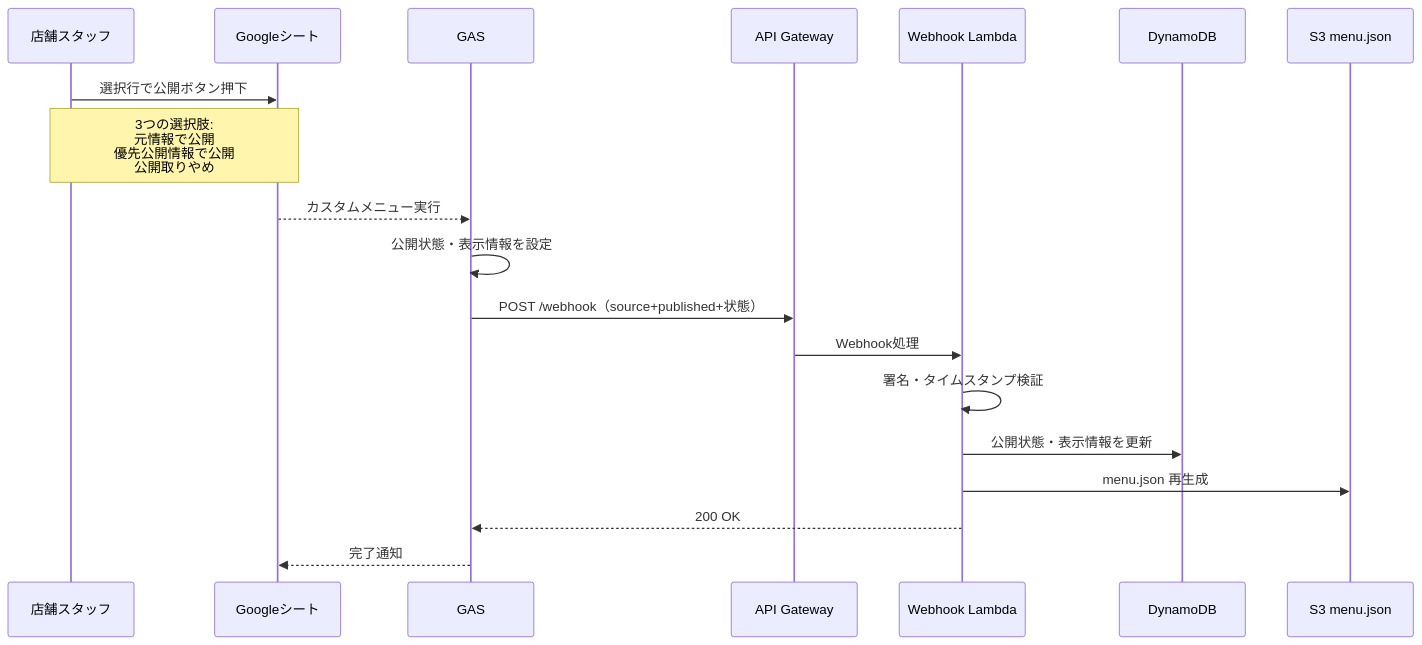
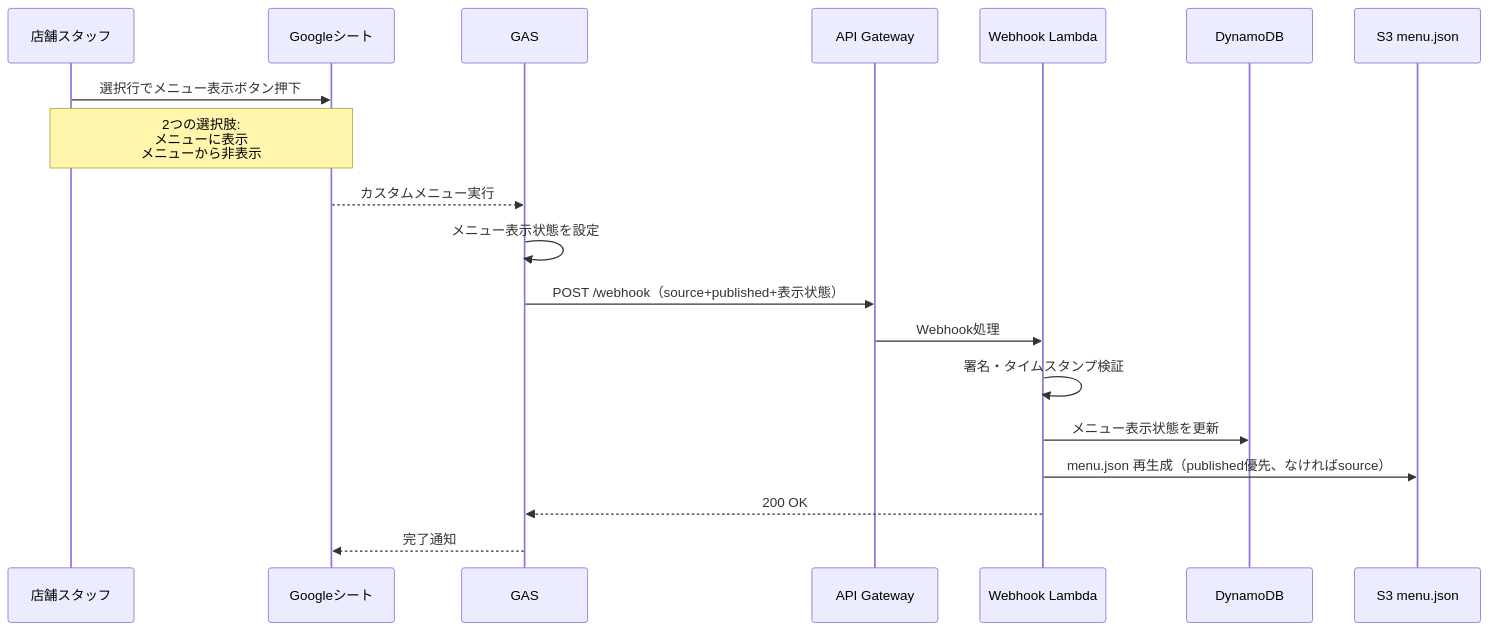
Before and after one commit to Bar-Ease-Hongo/menu: the second of 3 diagrams in docks/仕様書.md, drawn with Mermaid. The commit also changed other lines of this file and 3 other files, not shown here.

````diff
--- a/docks/仕様書.md
+++ b/docks/仕様書.md
@@ -110,22 +108,22 @@
 ```mermaid
 sequenceDiagram
     participant Editor as 店舗スタッフ
     participant Sheet as Googleシート
     participant GAS as GAS
     participant APIGW as API Gateway
     participant Lambda as Webhook Lambda
     participant Dynamo as DynamoDB
     participant S3 as S3 menu.json
 
-    Editor->>Sheet: 選択行で公開ボタン押下
-    Note over Editor,Sheet: 3つの選択肢:<br/>元情報で公開<br/>優先公開情報で公開<br/>公開取りやめ
+    Editor->>Sheet: 選択行でメニュー表示ボタン押下
+    Note over Editor,Sheet: 2つの選択肢:<br/>メニューに表示<br/>メニューから非表示
     Sheet-->>GAS: カスタムメニュー実行
-    GAS->>GAS: 公開状態・表示情報を設定
-    GAS->>APIGW: POST /webhook（source+published+状態）
+    GAS->>GAS: メニュー表示状態を設定
+    GAS->>APIGW: POST /webhook（source+published+表示状態）
     APIGW->>Lambda: Webhook処理
     Lambda->>Lambda: 署名・タイムスタンプ検証
-    Lambda->>Dynamo: 公開状態・表示情報を更新
-    Lambda->>S3: menu.json 再生成
+    Lambda->>Dynamo: メニュー表示状態を更新
+    Lambda->>S3: menu.json 再生成（published優先、なければsource）
     Lambda-->>GAS: 200 OK
     GAS-->>Sheet: 完了通知
 ```
````
